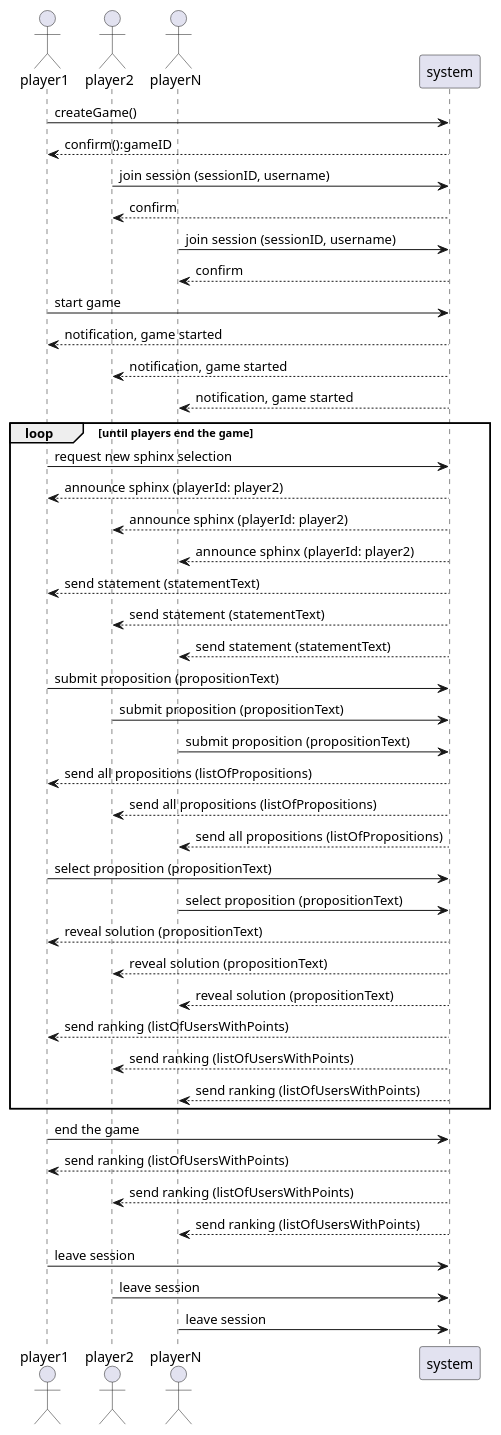
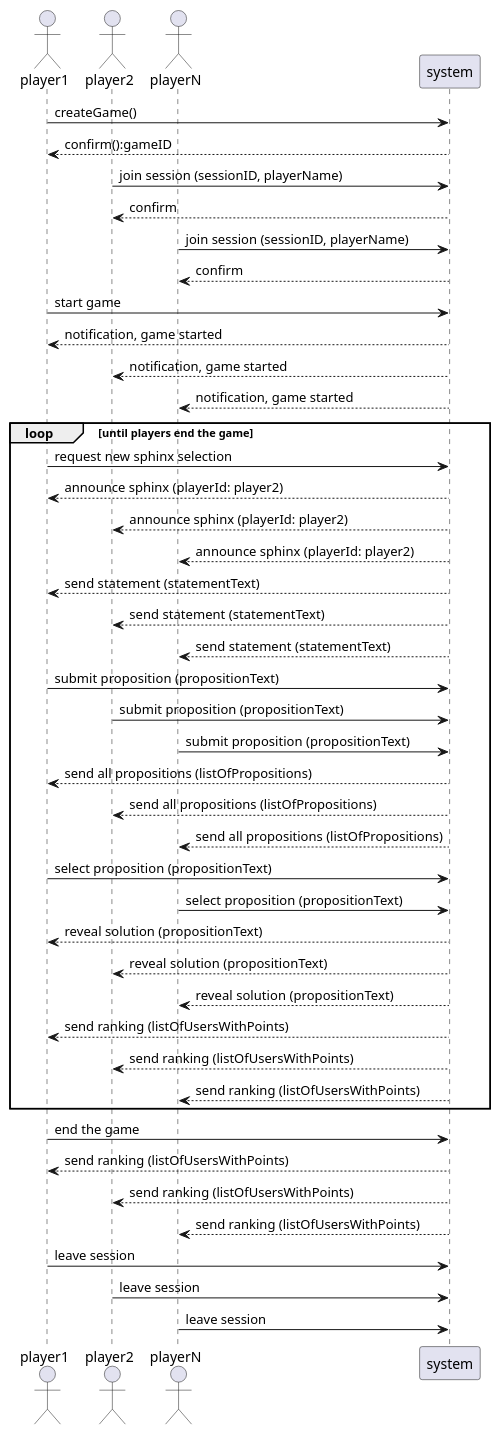
The diagram in docs/diagrams/system_sequence_diagram.plantuml (patrickwinti/worldwidewalter), drawn with PlantUML before and after one commit. The commit also changed 16 other files, not shown here.

Commit message:
[WWW-49] - changed autoformat of { Imports } - fixed formatting - changed username -> playerName

```diff
--- a/docs/diagrams/system_sequence_diagram.plantuml
+++ b/docs/diagrams/system_sequence_diagram.plantuml
@@ -1,63 +1,63 @@
 @startuml
 
 actor       player1
 actor       player2
 actor       playerN
 
 
 player1 -> system: createGame()
 system --> player1: confirm():gameID
 
-player2 -> system: join session (sessionID, username)
+player2 -> system: join session (sessionID, playerName)
 system --> player2: confirm
 
-playerN -> system: join session (sessionID, username)
+playerN -> system: join session (sessionID, playerName)
 system --> playerN: confirm
 
 player1 -> system: start game
 system --> player1: notification, game started
 system --> player2: notification, game started
 system --> playerN: notification, game started
 
 loop until players end the game
     player1 -> system: request new sphinx selection
 
     system --> player1: announce sphinx (playerId: player2)
     system --> player2: announce sphinx (playerId: player2)
     system --> playerN: announce sphinx (playerId: player2)
 
     system --> player1: send statement (statementText)
     system --> player2: send statement (statementText)
     system --> playerN: send statement (statementText)
 
     player1 -> system: submit proposition (propositionText)
     player2 -> system: submit proposition (propositionText)
     playerN -> system: submit proposition (propositionText)
 
     system --> player1: send all propositions (listOfPropositions)
     system --> player2: send all propositions (listOfPropositions)
     system --> playerN: send all propositions (listOfPropositions)
 
     player1 -> system: select proposition (propositionText)
     playerN -> system: select proposition (propositionText)
 
     system --> player1: reveal solution (propositionText)
     system --> player2: reveal solution (propositionText)
     system --> playerN: reveal solution (propositionText)
 
     system --> player1: send ranking (listOfUsersWithPoints)
     system --> player2: send ranking (listOfUsersWithPoints)
     system --> playerN: send ranking (listOfUsersWithPoints)
 end
 
 player1 -> system: end the game
 
 system --> player1: send ranking (listOfUsersWithPoints)
 system --> player2: send ranking (listOfUsersWithPoints)
 system --> playerN: send ranking (listOfUsersWithPoints)
 
 player1 -> system: leave session
 player2 -> system: leave session
 playerN -> system: leave session
 
 @enduml
```
